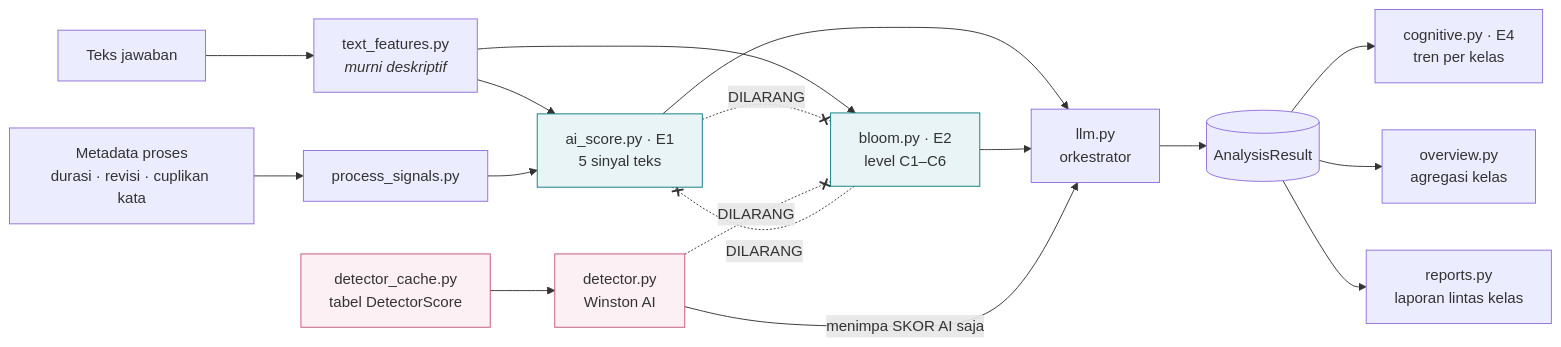
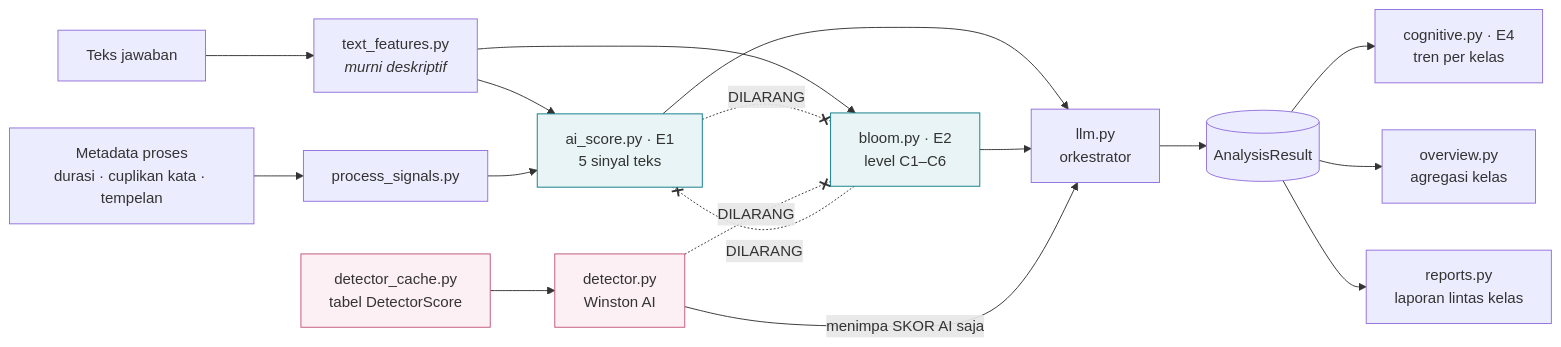
One commit to FadhRach/ThinkPath changed the third of 4 diagrams in diagram/01-arsitektur-sistem.md. Above: the diagram before and after it, drawn with Mermaid. The commit also changed 13 other files, not shown here.

````diff
--- a/diagram/01-arsitektur-sistem.md
+++ b/diagram/01-arsitektur-sistem.md
@@ -107,30 +107,30 @@
 ```mermaid
 flowchart LR
     T["Teks jawaban"] --> TF["text_features.py<br/><i>murni deskriptif</i>"]
-    P["Metadata proses<br/>durasi · revisi · cuplikan kata"] --> PS["process_signals.py"]
+    P["Metadata proses<br/>durasi · cuplikan kata · tempelan"] --> PS["process_signals.py"]
 
     TF --> E1["ai_score.py · E1<br/>5 sinyal teks"]
     TF --> E2["bloom.py · E2<br/>level C1–C6"]
     PS --> E1
 
     E1 --> ORC["llm.py<br/>orkestrator"]
     E2 --> ORC
     ORC --> AR[("AnalysisResult")]
 
     DC["detector_cache.py<br/>tabel DetectorScore"] --> DET["detector.py<br/>Winston AI"]
     DET -->|"menimpa SKOR AI saja"| ORC
 
     AR --> E4["cognitive.py · E4<br/>tren per kelas"]
     AR --> OV["overview.py<br/>agregasi kelas"]
     AR --> RP["reports.py<br/>laporan lintas kelas"]
 
     E1 -. "DILARANG" .-x E2
     E2 -. "DILARANG" .-x E1
     DET -. "DILARANG" .-x E2
 
     classDef larang stroke:#C2547A,stroke-width:2px,stroke-dasharray:4 3
     classDef inti fill:#E8F4F5,stroke:#0E7C86
     classDef luar fill:#FDF0F4,stroke:#C2547A
     class E1,E2 inti
     class DET,DC luar
 ```
````
